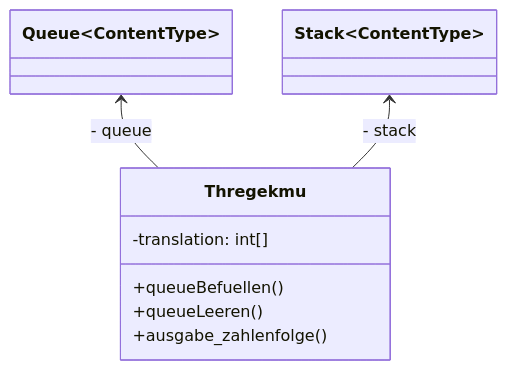
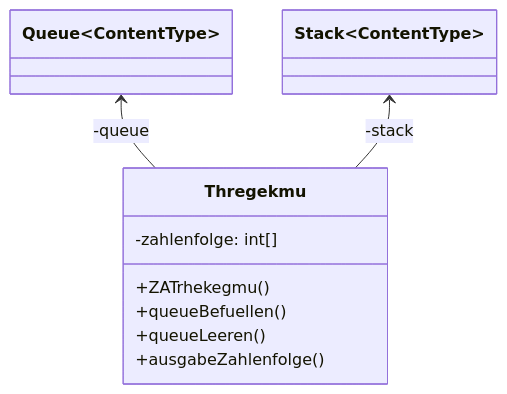
One commit to rueckertgym/begleitmaterial changed the first of 2 diagrams in book/lineareDatenstrukturen/loesungen/s67nr1StackAlternative.md. Above: the diagram before and after it, drawn with Mermaid. The commit also changed other lines of this file, not shown here.

````diff
--- a/book/lineareDatenstrukturen/loesungen/s67nr1StackAlternative.md
+++ b/book/lineareDatenstrukturen/loesungen/s67nr1StackAlternative.md
@@ -13,25 +15,17 @@
 ```mermaid
 classDiagram
     
-    Queue~ContentType~ <-- Thregekmu: - queue
-    Stack~ContentType~ <-- Thregekmu: - stack
-    Queue~ContentType~ : 
-    Queue~ContentType~ : 
-    Queue~ContentType~: 
-    Queue~ContentType~: 
-    Stack~ContentType~ 
-
-    class Stack~ContentType~
+    Queue~ContentType~ <-- Thregekmu: -queue
+    Stack~ContentType~ <-- Thregekmu: -stack
     
-    
-
     class Thregekmu{
 
-      -translation: int[]
+      -zahlenfolge: int[]
+      +ZATrhekegmu()
       +queueBefuellen()
       +queueLeeren()
-      +ausgabe_zahlenfolge()
+      +ausgabeZahlenfolge()
     
     }
   
 ```
````
